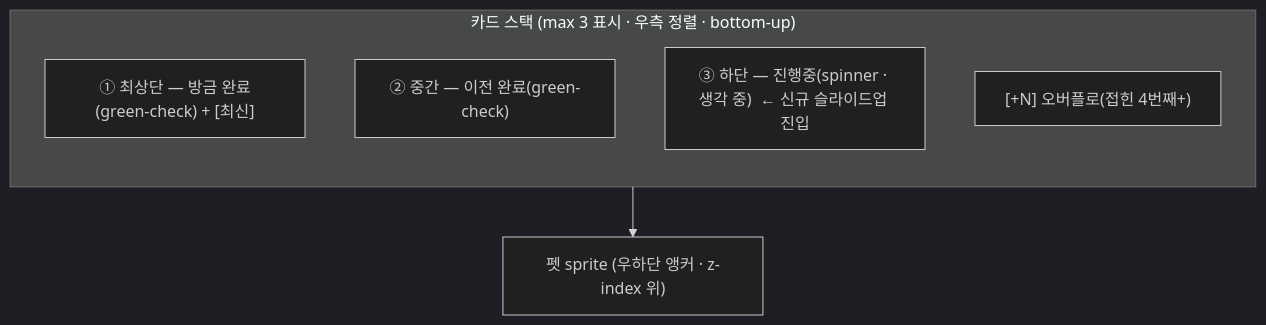
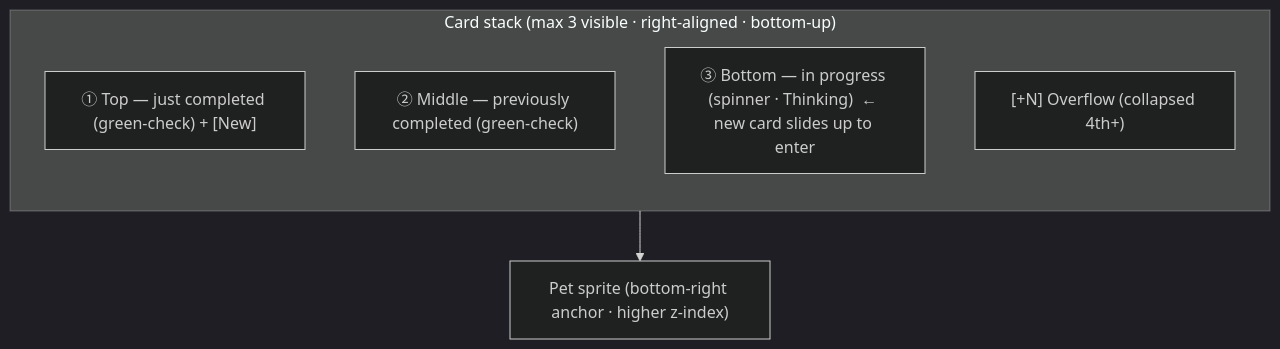
The first of 4 diagrams in docs/03-state-engine/state-machine.md (amsminn/Claude-Pet), drawn with Mermaid (dark theme) before and after one commit. The commit also changed other lines of this file and 48 other files, not shown here.

````diff
--- a/docs/03-state-engine/state-machine.md
+++ b/docs/03-state-engine/state-machine.md
@@ -210,12 +210,12 @@
 ```mermaid
 flowchart TB
-    subgraph stack["카드 스택 (max 3 표시 · 우측 정렬 · bottom-up)"]
+    subgraph stack["Card stack (max 3 visible · right-aligned · bottom-up)"]
         direction TB
-        top["① 최상단 — 방금 완료(green-check) + [최신]"]
-        mid["② 중간 — 이전 완료(green-check)"]
-        bot["③ 하단 — 진행중(spinner · 생각 중)  ← 신규 슬라이드업 진입"]
-        ov["[+N] 오버플로(접힌 4번째+)"]
+        top["① Top — just completed (green-check) + [New]"]
+        mid["② Middle — previously completed (green-check)"]
+        bot["③ Bottom — in progress (spinner · Thinking)  ← new card slides up to enter"]
+        ov["[+N] Overflow (collapsed 4th+)"]
     end
-    pet["펫 sprite (우하단 앵커 · z-index 위)"]
+    pet["Pet sprite (bottom-right anchor · higher z-index)"]
     bot --> pet
 ```
````
